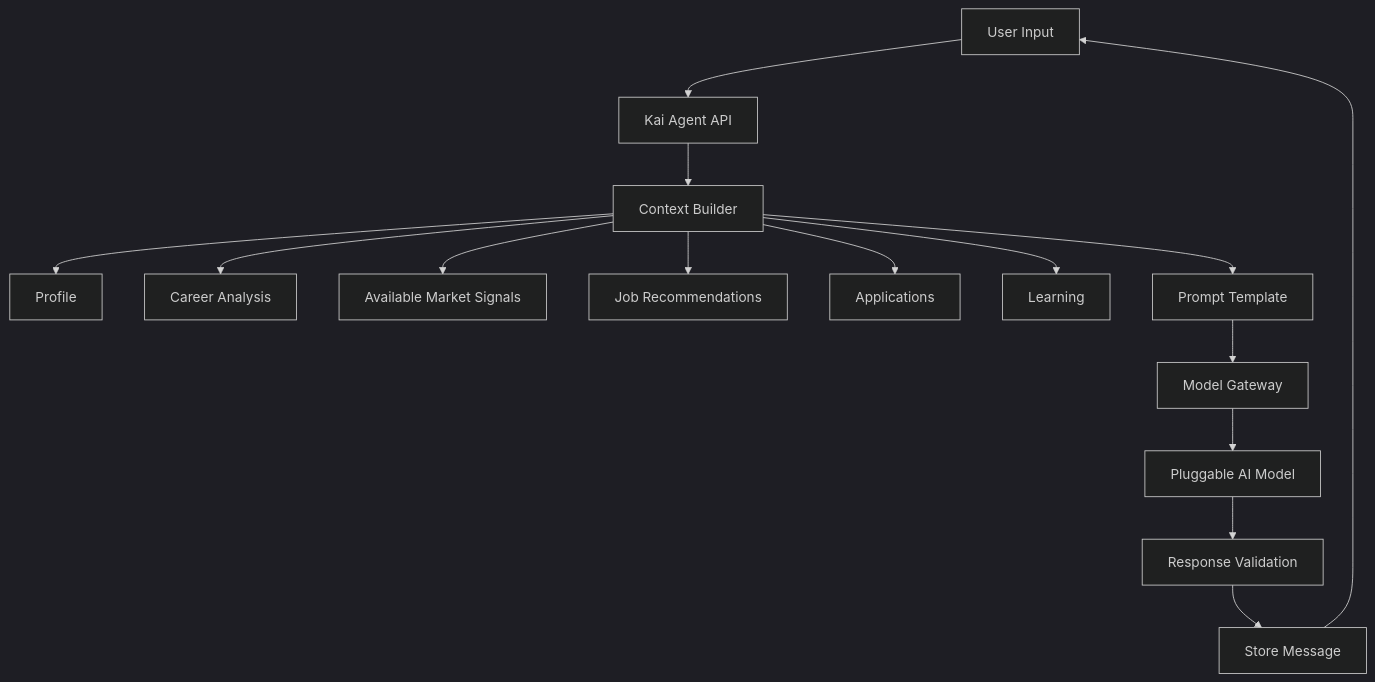
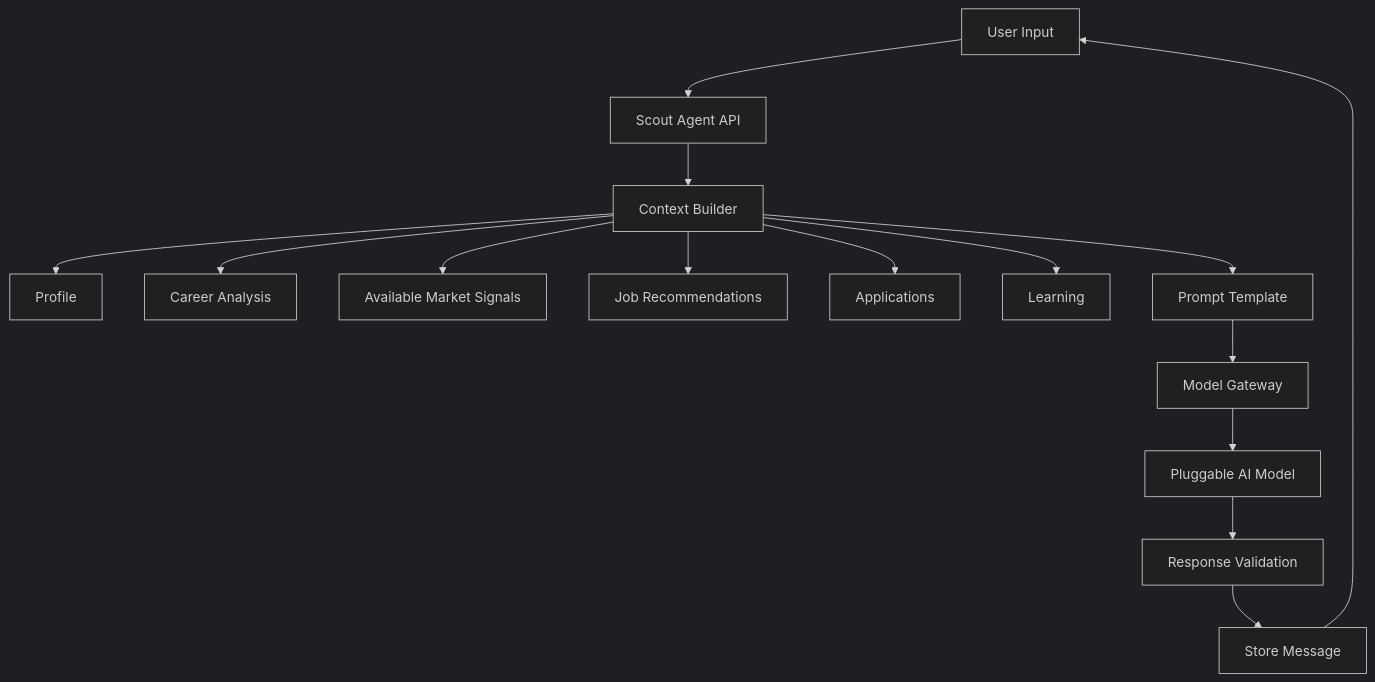
One commit to Mirzzie/Fadi changed the diagram in docs/MVP_AGENT_DESIGN.md. Above: the diagram before and after it, drawn with Mermaid (dark theme). The commit also changed other lines of this file and 142 other files, not shown here.

First line of the commit message:
feat!: rename Kai → Scout — the agent that finds what's ahead of you

````diff
--- a/docs/MVP_AGENT_DESIGN.md
+++ b/docs/MVP_AGENT_DESIGN.md
@@ -40,17 +40,17 @@
 ```mermaid
 flowchart TD
-    User[User Input] --> AssistantAPI[Kai Agent API]
+    User[User Input] --> AssistantAPI[Scout Agent API]
     AssistantAPI --> Context[Context Builder]
     Context --> Profile[Profile]
     Context --> Analysis[Career Analysis]
     Context --> MarketData[Available Market Signals]
     Context --> Jobs[Job Recommendations]
     Context --> Apps[Applications]
     Context --> Learning[Learning]
     Context --> Prompt[Prompt Template]
     Prompt --> Gateway[Model Gateway]
     Gateway --> Model[Pluggable AI Model]
     Model --> Validate[Response Validation]
     Validate --> Save[Store Message]
     Save --> User
 ```
````
